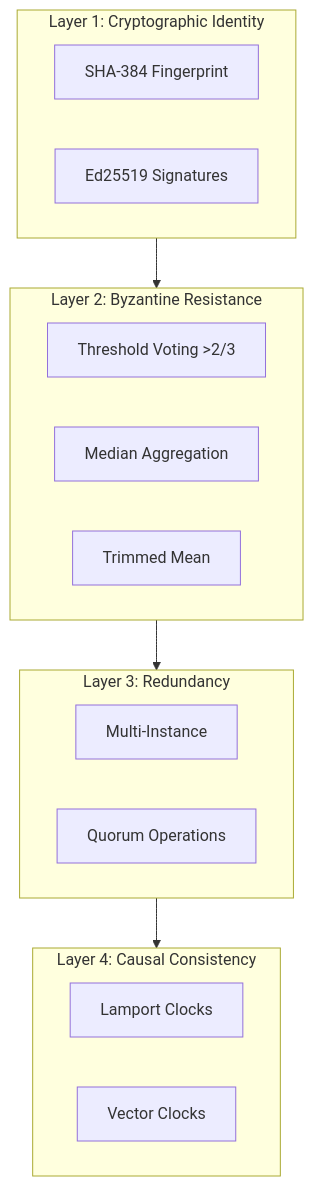
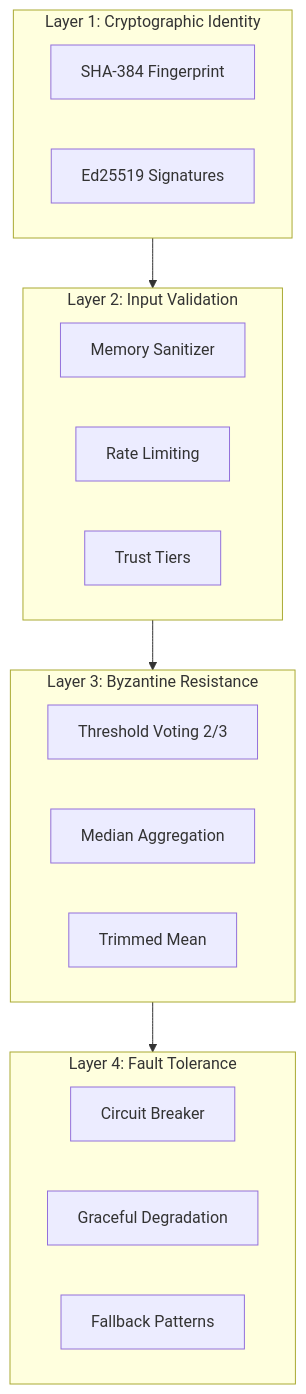
Before and after one commit to Replicant-Partners/Chrysalis: the seventh of 8 diagrams in ARCHITECTURE.md, drawn with Mermaid. The commit also changed other lines of this file and 177 other files, not shown here.

````diff
--- a/ARCHITECTURE.md
+++ b/ARCHITECTURE.md
@@ -278,27 +523,27 @@
 ```mermaid
-graph TB
-    subgraph Layer_1[Layer 1: Cryptographic Identity]
-        A1[SHA-384 Fingerprint]
-        A2[Ed25519 Signatures]
+flowchart TB
+    subgraph Layer1["Layer 1: Cryptographic Identity"]
+        L1A[SHA-384 Fingerprint]
+        L1B[Ed25519 Signatures]
     end
-    
-    subgraph Layer_2[Layer 2: Byzantine Resistance]
-        B1[Threshold Voting >2/3]
-        B2[Median Aggregation]
-        B3[Trimmed Mean]
+
+    subgraph Layer2["Layer 2: Input Validation"]
+        L2A[Memory Sanitizer]
+        L2B[Rate Limiting]
+        L2C[Trust Tiers]
     end
-    
-    subgraph Layer_3[Layer 3: Redundancy]
-        C1[Multi-Instance]
-        C2[Quorum Operations]
+
+    subgraph Layer3["Layer 3: Byzantine Resistance"]
+        L3A[Threshold Voting 2/3]
+        L3B[Median Aggregation]
+        L3C[Trimmed Mean]
     end
-    
-    subgraph Layer_4[Layer 4: Causal Consistency]
-        D1[Lamport Clocks]
-        D2[Vector Clocks]
+
+    subgraph Layer4["Layer 4: Fault Tolerance"]
+        L4A[Circuit Breaker]
+        L4B[Graceful Degradation]
+        L4C[Fallback Patterns]
     end
-    
-    Layer_1 --> Layer_2
-    Layer_2 --> Layer_3
-    Layer_3 --> Layer_4
+
+    Layer1 --> Layer2 --> Layer3 --> Layer4
 ```
````
